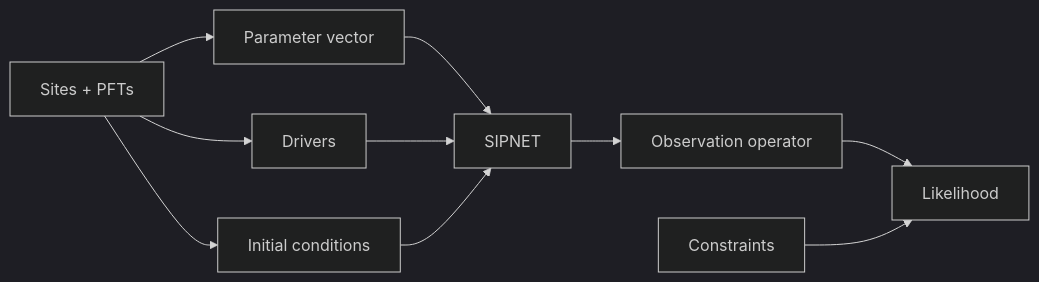
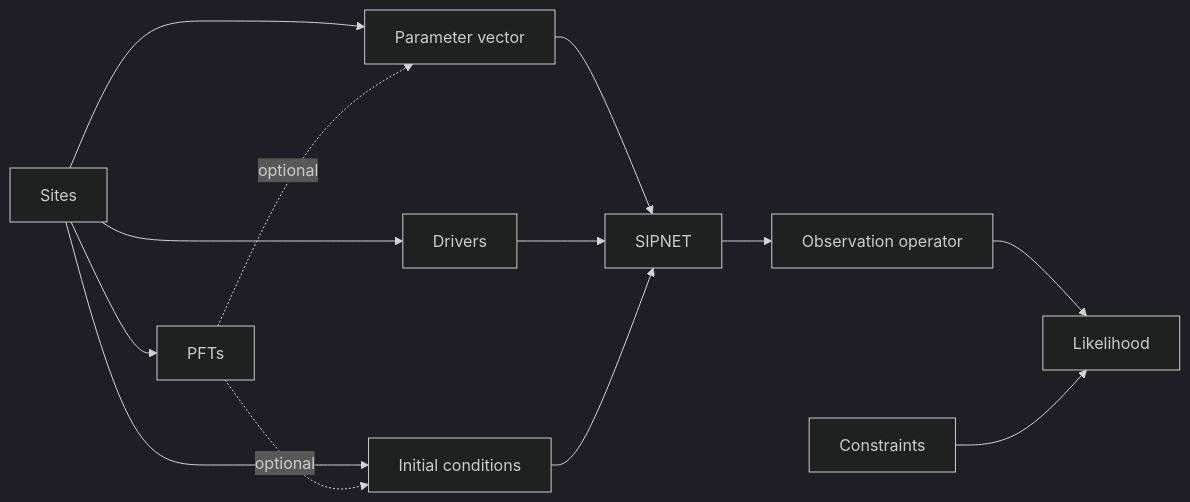
Before and after one commit to arob5/spatial-lsm-calibration: the second of 2 diagrams in experiments/presentation_2026_09_25/slides.qmd, drawn with Mermaid (dark theme). The commit also changed other lines of this file and 1 other file, not shown here.

First line of the commit message:
Fill the flow-chart slides, split sites from PFTs, and sort the PFT counts

````diff
--- a/experiments/presentation_2026_09_25/slides.qmd
+++ b/experiments/presentation_2026_09_25/slides.qmd
@@ -70,13 +69,18 @@
 ```{mermaid}
-%%| fig-width: 14
+%%| fig-width: 15.5
+%%| fig-height: 7.5
+%%{init: {"flowchart": {"nodeSpacing": 150}}}%%
 flowchart LR
-  S[Sites + PFTs] --> P[Parameter vector]
+  S[Sites] --> T[PFTs]
+  S --> P[Parameter vector]
   S --> D[Drivers]
   S --> I[Initial conditions]
+  T -. optional .-> P
+  T -. optional .-> I
   P --> M[SIPNET]
   D --> M
   I --> M
   M --> H[Observation operator]
   H --> L[Likelihood]
   C[Constraints] --> L
 ```
````
